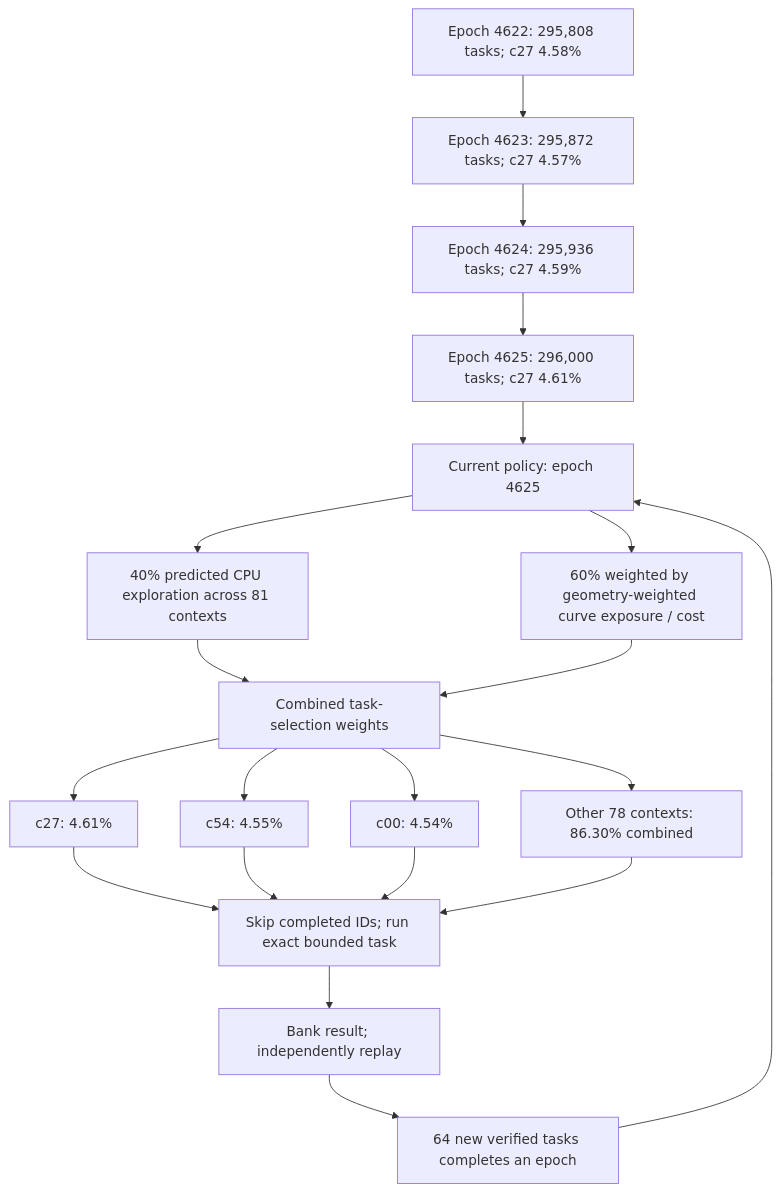
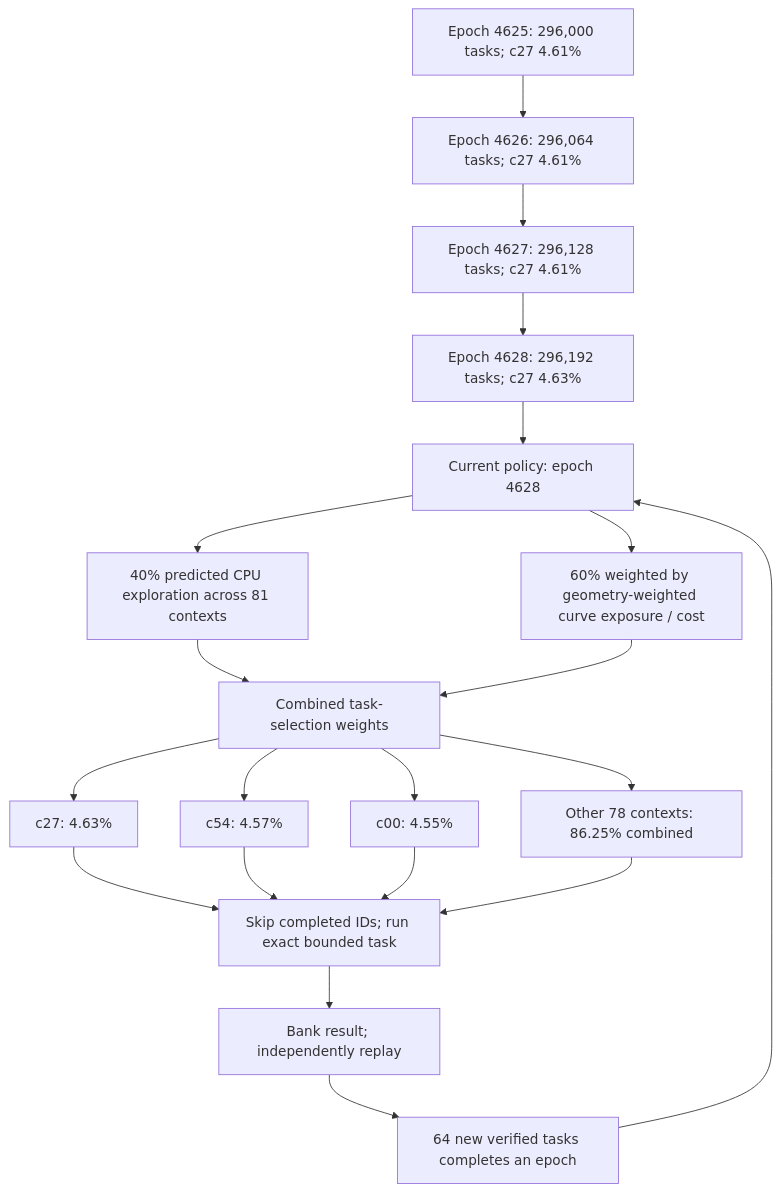
Before and after one commit to Kuberwastaken/math-gambling: the first of 3 diagrams in README.md, drawn with Mermaid. The commit also changed other lines of this file and 2293 other files, not shown here.

````diff
--- a/README.md
+++ b/README.md
@@ -60,27 +60,27 @@
 ```mermaid
 flowchart TD
-    H0["Epoch 4622: 295,808 tasks; c27 4.58%"]
-    H1["Epoch 4623: 295,872 tasks; c27 4.57%"]
+    H0["Epoch 4625: 296,000 tasks; c27 4.61%"]
+    H1["Epoch 4626: 296,064 tasks; c27 4.61%"]
     H0 --> H1
-    H2["Epoch 4624: 295,936 tasks; c27 4.59%"]
+    H2["Epoch 4627: 296,128 tasks; c27 4.61%"]
     H1 --> H2
-    H3["Epoch 4625: 296,000 tasks; c27 4.61%"]
+    H3["Epoch 4628: 296,192 tasks; c27 4.63%"]
     H2 --> H3
-    Policy["Current policy: epoch 4625"]
+    Policy["Current policy: epoch 4628"]
     H3 --> Policy
     Policy --> Explore["40% predicted CPU exploration across 81 contexts"]
     Policy --> Cost["60% weighted by geometry-weighted curve exposure / cost"]
     Explore --> Mix["Combined task-selection weights"]
     Cost --> Mix
-    Mix --> C0["c27: 4.61%"]
-    Mix --> C1["c54: 4.55%"]
-    Mix --> C2["c00: 4.54%"]
-    Mix --> Rest["Other 78 contexts: 86.30% combined"]
+    Mix --> C0["c27: 4.63%"]
+    Mix --> C1["c54: 4.57%"]
+    Mix --> C2["c00: 4.55%"]
+    Mix --> Rest["Other 78 contexts: 86.25% combined"]
     C0 --> Check["Skip completed IDs; run exact bounded task"]
     C1 --> Check
     C2 --> Check
     Rest --> Check
     Check --> Replay["Bank result; independently replay"]
     Replay --> Gate["64 new verified tasks completes an epoch"]
     Gate --> Policy
 ```
````
